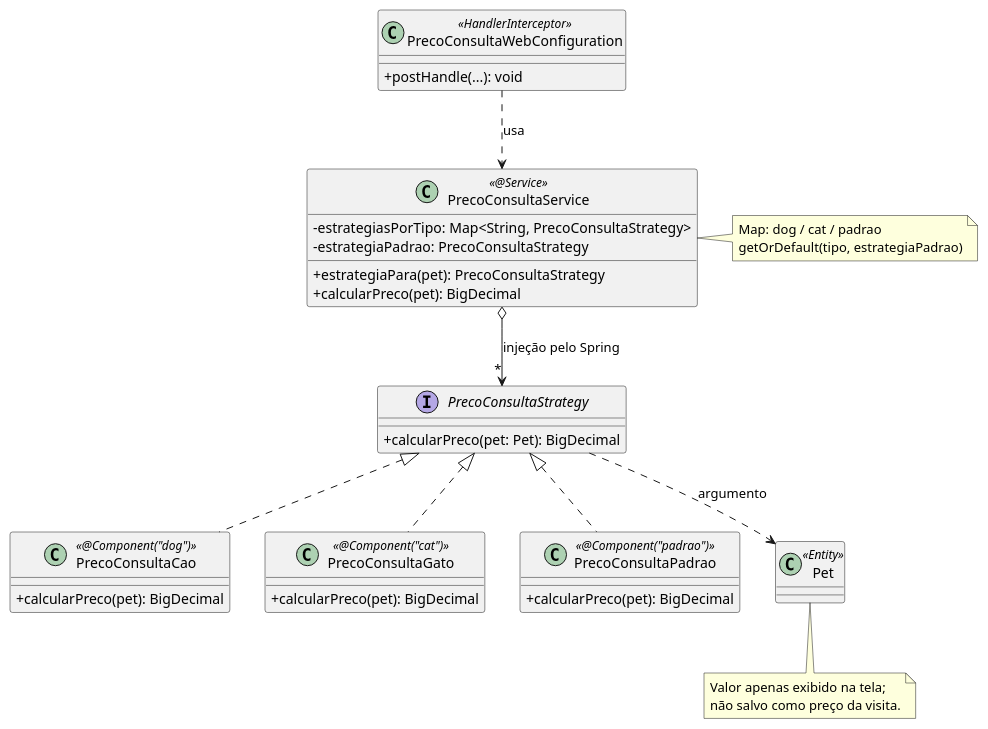
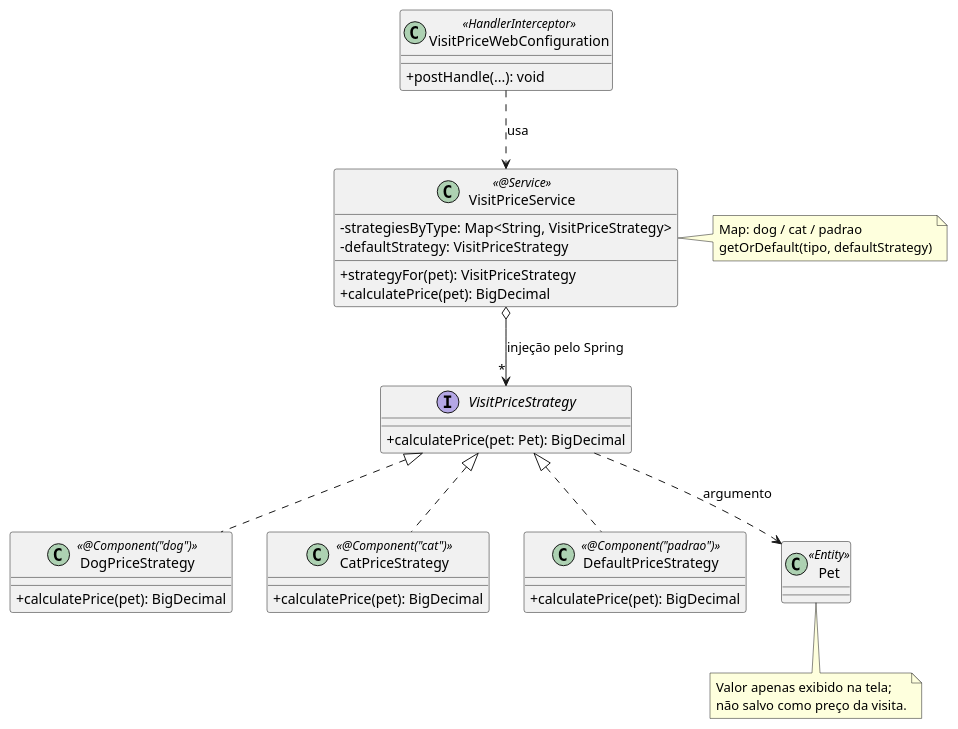
One commit to GabrielKayran/spring-petclinic changed the diagram in docs/uml/puml/05_classes_strategy.puml. Above: the diagram before and after it, drawn with PlantUML. The commit also changed 115 other files, not shown here.

```diff
--- a/docs/uml/puml/05_classes_strategy.puml
+++ b/docs/uml/puml/05_classes_strategy.puml
@@ -1,41 +1,41 @@
 @startuml
 skinparam backgroundColor white
 skinparam classAttributeIconSize 0
 skinparam shadowing false
-interface PrecoConsultaStrategy {
- + calcularPreco(pet: Pet): BigDecimal
+interface VisitPriceStrategy {
+ + calculatePrice(pet: Pet): BigDecimal
 }
-class PrecoConsultaCao <<@Component("dog")>> {
-  + calcularPreco(pet): BigDecimal
+class DogPriceStrategy <<@Component("dog")>> {
+  + calculatePrice(pet): BigDecimal
 }
-class PrecoConsultaGato <<@Component("cat")>> {
-  + calcularPreco(pet): BigDecimal
+class CatPriceStrategy <<@Component("cat")>> {
+  + calculatePrice(pet): BigDecimal
 }
-class PrecoConsultaPadrao <<@Component("padrao")>> {
-  + calcularPreco(pet): BigDecimal
+class DefaultPriceStrategy <<@Component("padrao")>> {
+  + calculatePrice(pet): BigDecimal
 }
-class PrecoConsultaService <<@Service>> {
- - estrategiasPorTipo: Map<String, PrecoConsultaStrategy>
- - estrategiaPadrao: PrecoConsultaStrategy
- + estrategiaPara(pet): PrecoConsultaStrategy
- + calcularPreco(pet): BigDecimal
+class VisitPriceService <<@Service>> {
+ - strategiesByType: Map<String, VisitPriceStrategy>
+ - defaultStrategy: VisitPriceStrategy
+ + strategyFor(pet): VisitPriceStrategy
+ + calculatePrice(pet): BigDecimal
 }
-class PrecoConsultaWebConfiguration <<HandlerInterceptor>> {
+class VisitPriceWebConfiguration <<HandlerInterceptor>> {
  + postHandle(...): void
 }
 class Pet <<Entity>>
-PrecoConsultaStrategy <|.. PrecoConsultaCao
-PrecoConsultaStrategy <|.. PrecoConsultaGato
-PrecoConsultaStrategy <|.. PrecoConsultaPadrao
-PrecoConsultaService o--> "*" PrecoConsultaStrategy : injeção pelo Spring
-PrecoConsultaWebConfiguration ..> PrecoConsultaService : usa
-PrecoConsultaStrategy ..> Pet : argumento
-note right of PrecoConsultaService
+VisitPriceStrategy <|.. DogPriceStrategy
+VisitPriceStrategy <|.. CatPriceStrategy
+VisitPriceStrategy <|.. DefaultPriceStrategy
+VisitPriceService o--> "*" VisitPriceStrategy : injeção pelo Spring
+VisitPriceWebConfiguration ..> VisitPriceService : usa
+VisitPriceStrategy ..> Pet : argumento
+note right of VisitPriceService
   Map: dog / cat / padrao
-  getOrDefault(tipo, estrategiaPadrao)
+  getOrDefault(tipo, defaultStrategy)
 end note
 note bottom of Pet
   Valor apenas exibido na tela;
   não salvo como preço da visita.
 end note
 @enduml
```
